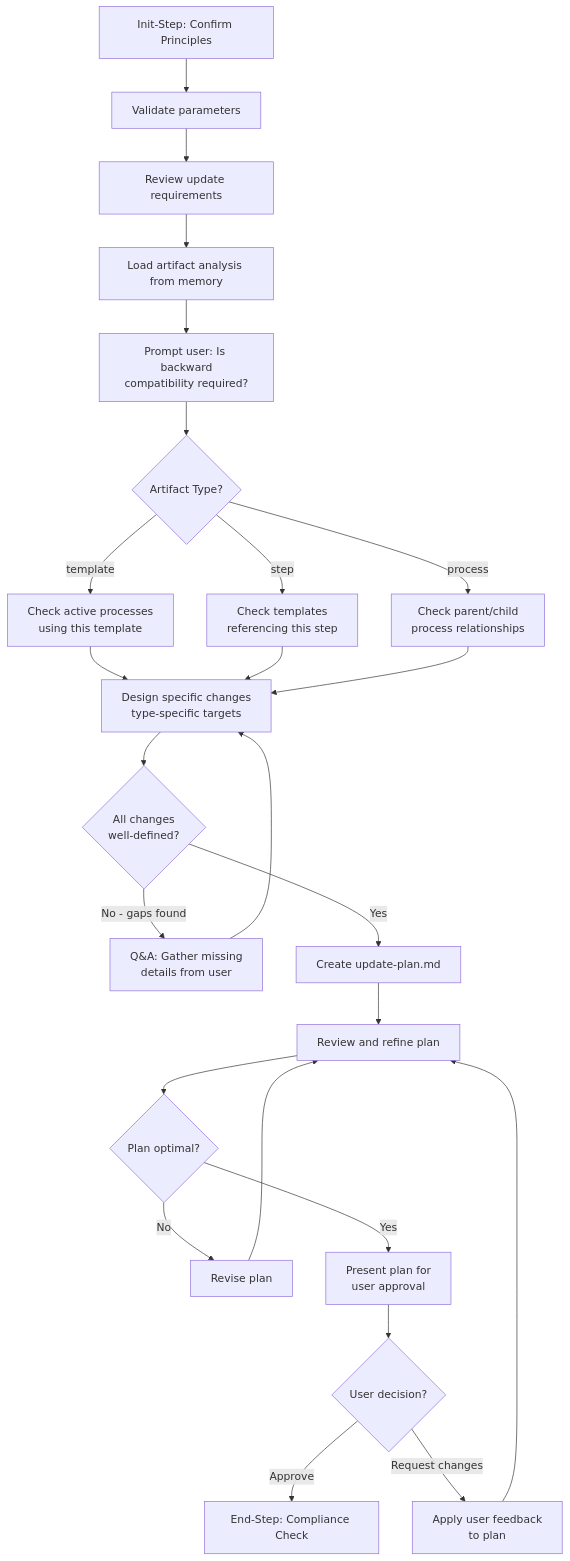
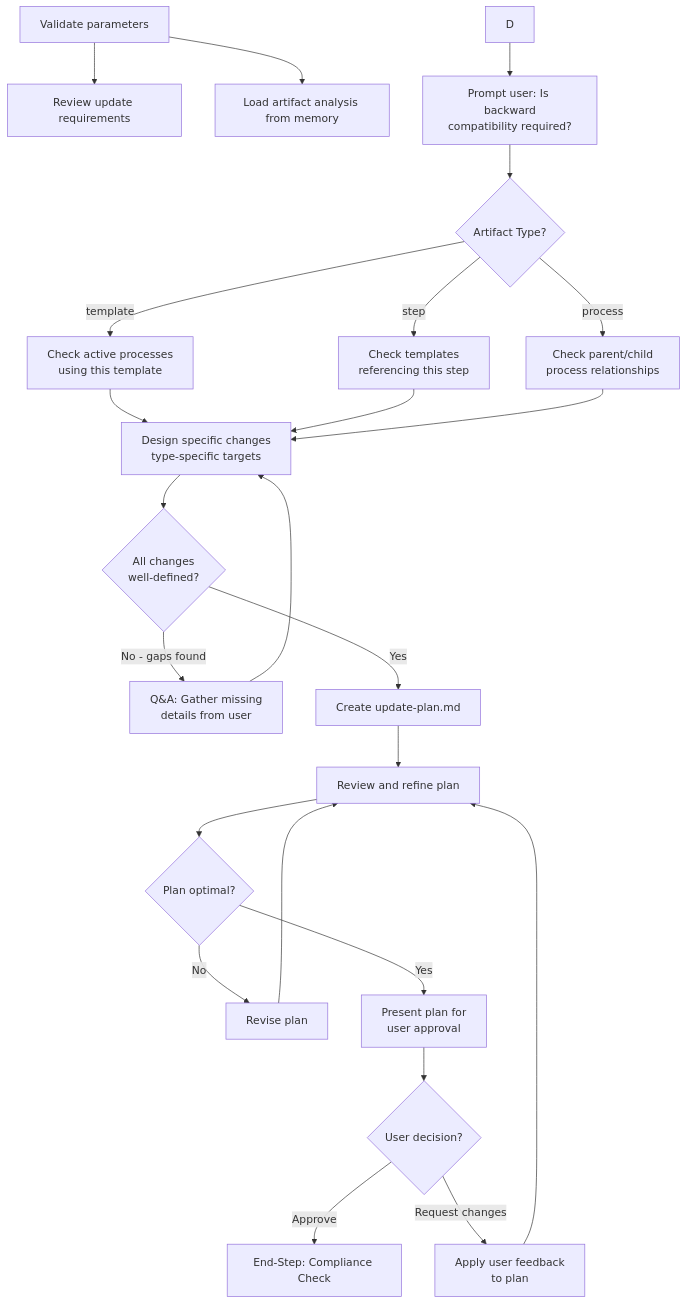
The diagram in templates/steps/common/plan-artifact-updates/plan-artifact-updates.md (HMTools/agentic-processes-templates), drawn with Mermaid before and after one commit. The commit also changed other lines of this file and 64 other files, not shown here.

````diff
--- a/templates/steps/common/plan-artifact-updates/plan-artifact-updates.md
+++ b/templates/steps/common/plan-artifact-updates/plan-artifact-updates.md
@@ -56,30 +56,29 @@
 ```mermaid
 flowchart TD
-    A[Init-Step: Confirm Principles] --> B[Validate parameters]
-    B --> C[Review update requirements]
-    C --> D[Load artifact analysis from memory]
+    A[Validate parameters] --> B[Review update requirements]
+    A --> C[Load artifact analysis from memory]
     D --> E[Prompt user: Is backward<br/>compatibility required?]
     E --> F{Artifact Type?}
     
     F -->|template| F1[Check active processes<br/>using this template]
     F -->|step| F2[Check templates<br/>referencing this step]
     F -->|process| F3[Check parent/child<br/>process relationships]
     
     F1 --> G[Design specific changes<br/>type-specific targets]
     F2 --> G
     F3 --> G
     
     G --> H{All changes<br/>well-defined?}
     H -->|No - gaps found| I[Q&A: Gather missing<br/>details from user]
     I --> G
     H -->|Yes| J[Create update-plan.md]
     J --> K[Review and refine plan]
     K --> L{Plan optimal?}
     L -->|No| M[Revise plan]
     M --> K
     L -->|Yes| N[Present plan for<br/>user approval]
     N --> P{User decision?}
     P -->|Approve| O[End-Step: Compliance Check]
     P -->|Request changes| Q[Apply user feedback<br/>to plan]
     Q --> K
 ```
````
